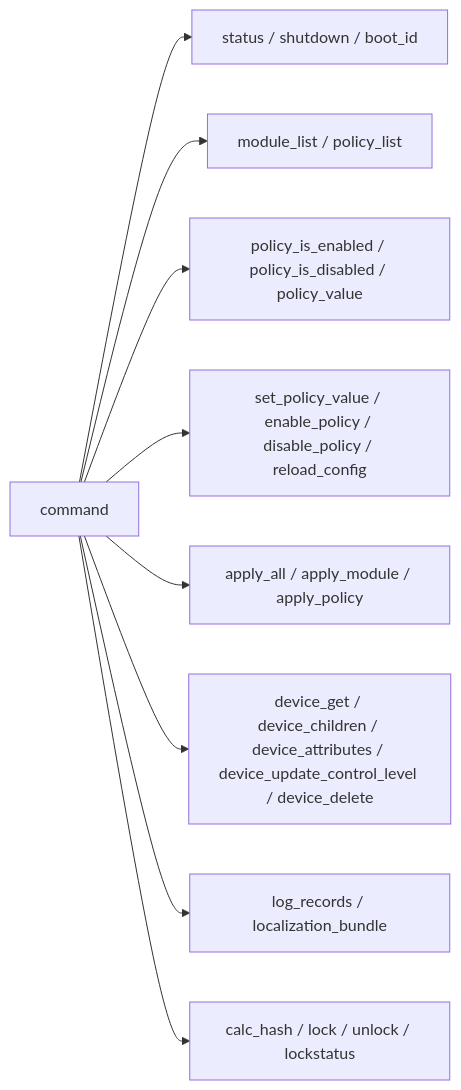
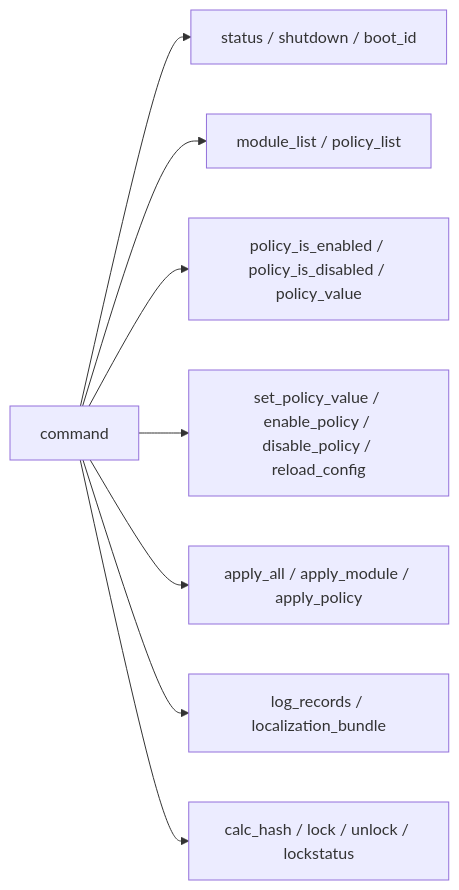
Before and after one commit to RevoltStar/FIC: the fifth of 11 diagrams in docs/architecture-diagrams.md, drawn with Mermaid. The commit also changed other lines of this file and 38 other files, not shown here.

````diff
--- a/docs/architecture-diagrams.md
+++ b/docs/architecture-diagrams.md
@@ -172,13 +189,12 @@
 ```mermaid
 flowchart LR
     commands[command]
 
     commands --> status[status / shutdown / boot_id]
     commands --> listing[module_list / policy_list]
     commands --> readPolicy[policy_is_enabled / policy_is_disabled / policy_value]
     commands --> mutatePolicy[set_policy_value / enable_policy / disable_policy / reload_config]
     commands --> applyPolicy[apply_all / apply_module / apply_policy]
-    commands --> devices[device_get / device_children / device_attributes / device_update_control_level / device_delete]
     commands --> logs[log_records / localization_bundle]
     commands --> tools[calc_hash / lock / unlock / lockstatus]
 ```
````
